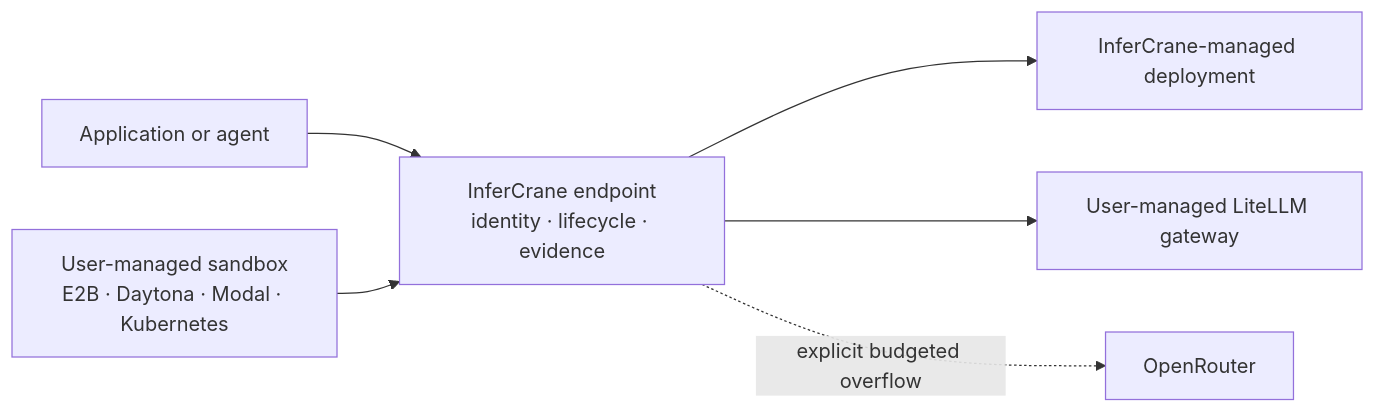
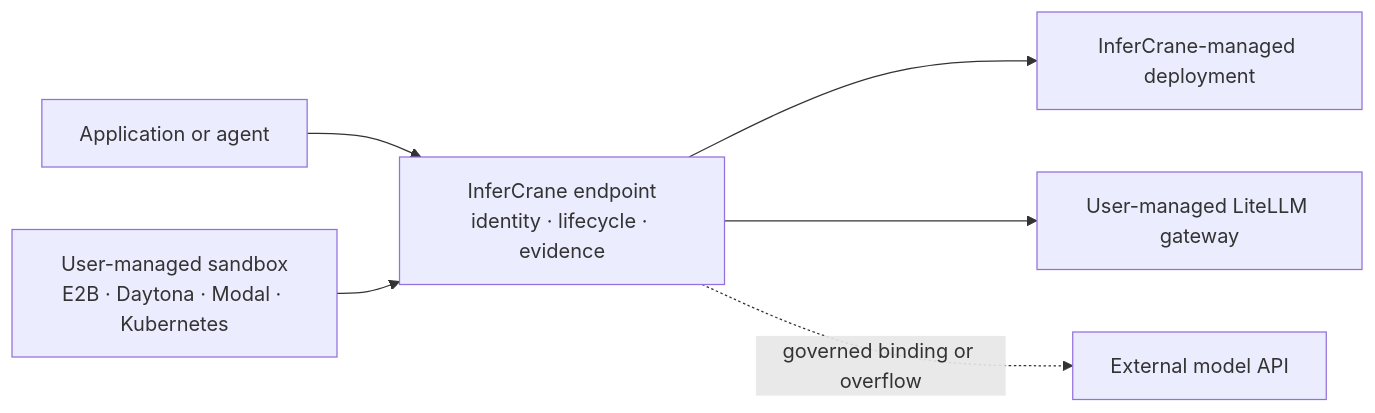
The diagram in docs/showcase/gateways-and-sandboxes.mdx (infercrane/infercrane), drawn with Mermaid before and after one commit. The commit also changed other lines of this file and 33 other files, not shown here.

````diff
--- a/docs/showcase/gateways-and-sandboxes.mdx
+++ b/docs/showcase/gateways-and-sandboxes.mdx
@@ -14,8 +14,8 @@
 ```mermaid
 flowchart LR
   APP[Application or agent] --> IC[InferCrane endpoint<br/>identity · lifecycle · evidence]
   IC --> DEP[InferCrane-managed deployment]
   IC --> LL[User-managed LiteLLM gateway]
-  IC -. explicit budgeted overflow .-> OR[OpenRouter]
+  IC -. governed binding or overflow .-> OR[External model API]
   SB[User-managed sandbox<br/>E2B · Daytona · Modal · Kubernetes] --> IC
 ```
````
